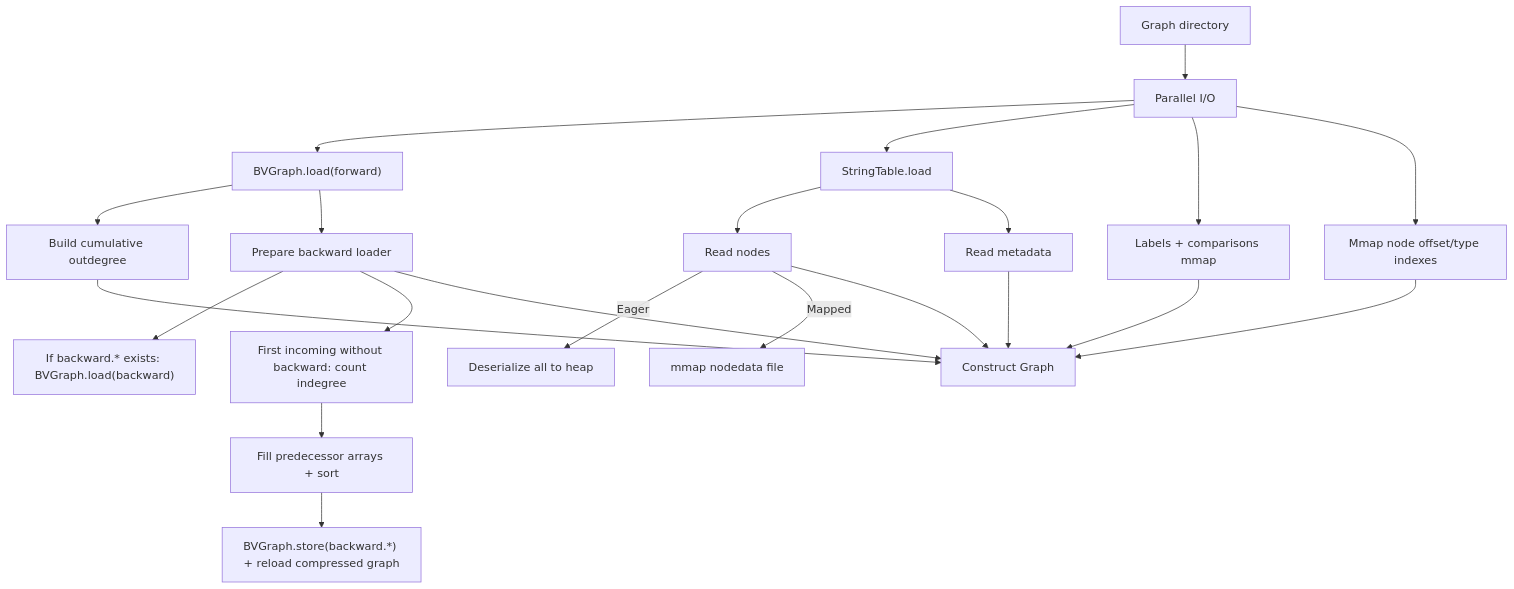
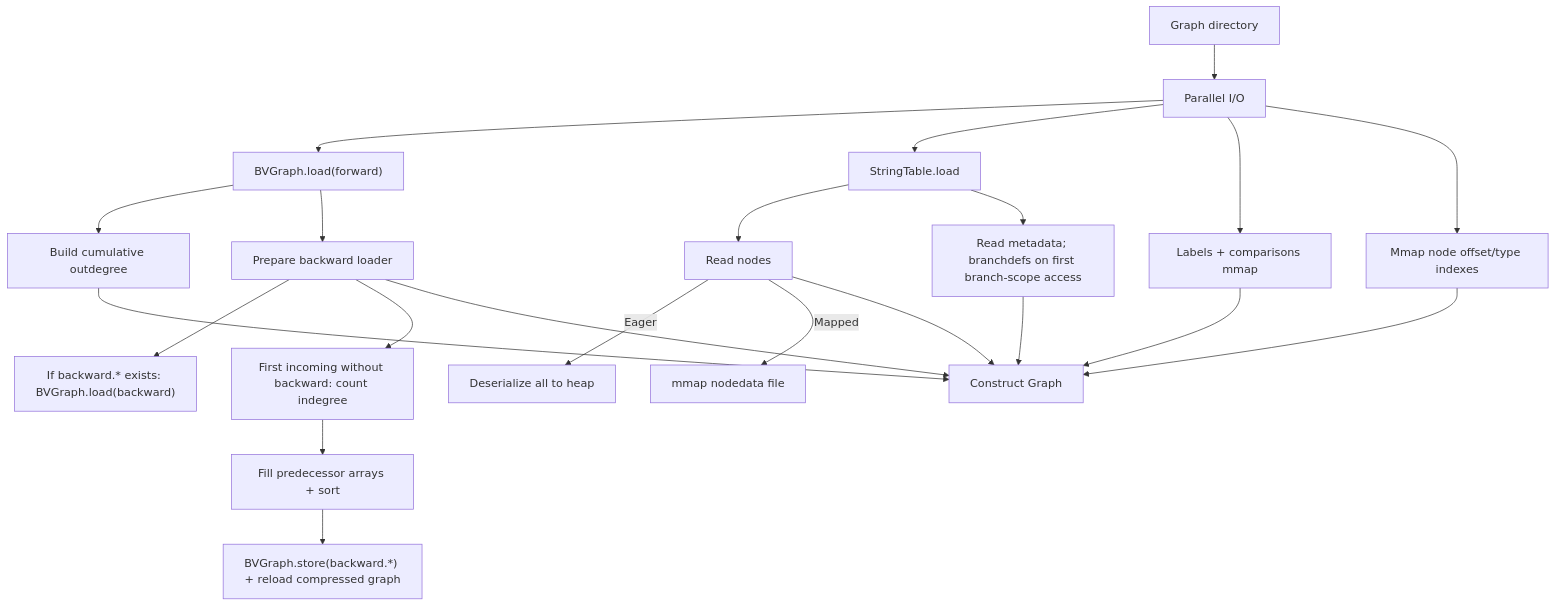
Before and after one commit to johnsonlee/graphite: the second of 2 diagrams in docs/webgraph-storage.md, drawn with Mermaid. The commit also changed other lines of this file and 24 other files, not shown here.

````diff
--- a/docs/webgraph-storage.md
+++ b/docs/webgraph-storage.md
@@ -125,19 +162,19 @@
 ```mermaid
 graph TD
     A[Graph directory] --> B[Parallel I/O]
     B --> B1["BVGraph.load(forward)"]
     B --> B2[StringTable.load]
     B --> B3[Labels + comparisons mmap]
     B --> B4[Mmap node offset/type indexes]
     B1 --> C[Build cumulative outdegree]
     B1 --> D[Prepare backward loader]
     D --> D1["If backward.* exists: BVGraph.load(backward)"]
     D --> D2[First incoming without backward: count indegree]
     D2 --> D3[Fill predecessor arrays + sort]
     D3 --> D4["BVGraph.store(backward.*) + reload compressed graph"]
     B2 --> E[Read nodes]
     E -->|Eager| E1[Deserialize all to heap]
     E -->|Mapped| E2[mmap nodedata file]
-    B2 --> F[Read metadata]
+    B2 --> F[Read metadata; branchdefs on first branch-scope access]
 C & D & B3 & B4 & E & F --> G[Construct Graph]
 ```
````
